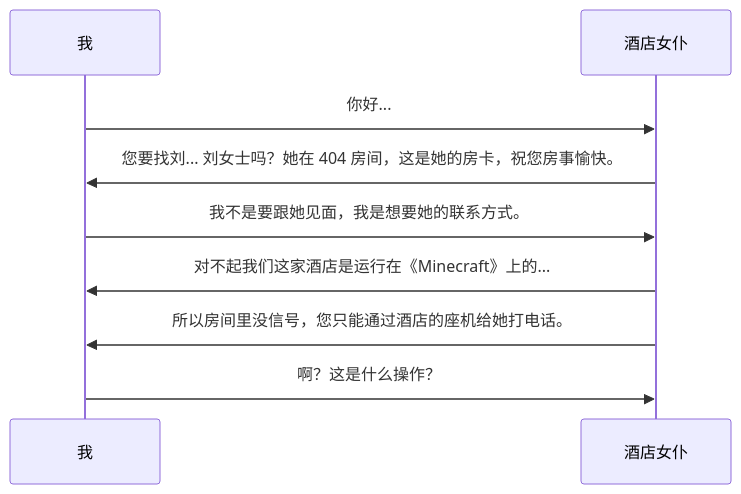
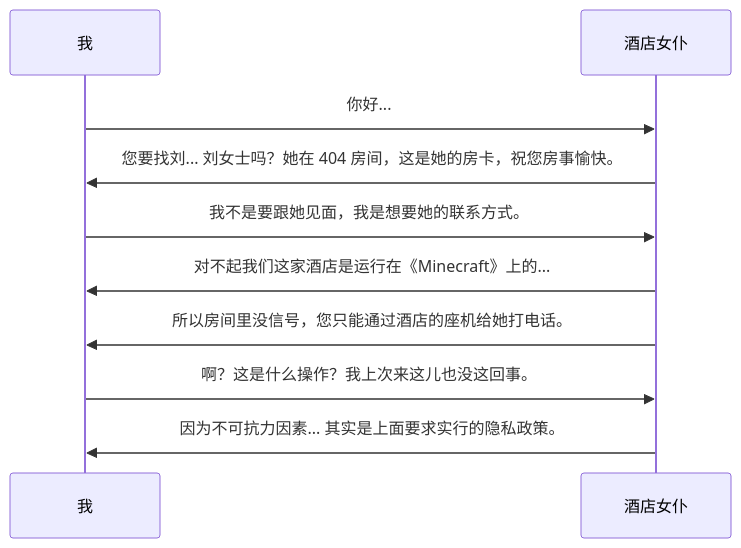
One commit to sb-child/sb-child changed the fourth of 4 diagrams in content/posts/the-comments-system.md. Above: the diagram before and after it, drawn with Mermaid. The commit also changed other lines of this file, not shown here.

````diff
--- a/content/posts/the-comments-system.md
+++ b/content/posts/the-comments-system.md
@@ -186,9 +192,10 @@
 ```mermaid
 sequenceDiagram
     我->>酒店女仆: 你好...
     酒店女仆->>我: 您要找刘... 刘女士吗？她在 404 房间，这是她的房卡，祝您房事愉快。
     我->>酒店女仆: 我不是要跟她见面，我是想要她的联系方式。
     酒店女仆->>我: 对不起我们这家酒店是运行在《Minecraft》上的...
     酒店女仆->>我: 所以房间里没信号，您只能通过酒店的座机给她打电话。
-    我->>酒店女仆: 啊？这是什么操作？
+    我->>酒店女仆: 啊？这是什么操作？我上次来这儿也没这回事。
+    酒店女仆->>我: 因为不可抗力因素... 其实是上面要求实行的隐私政策。
 ```
````
